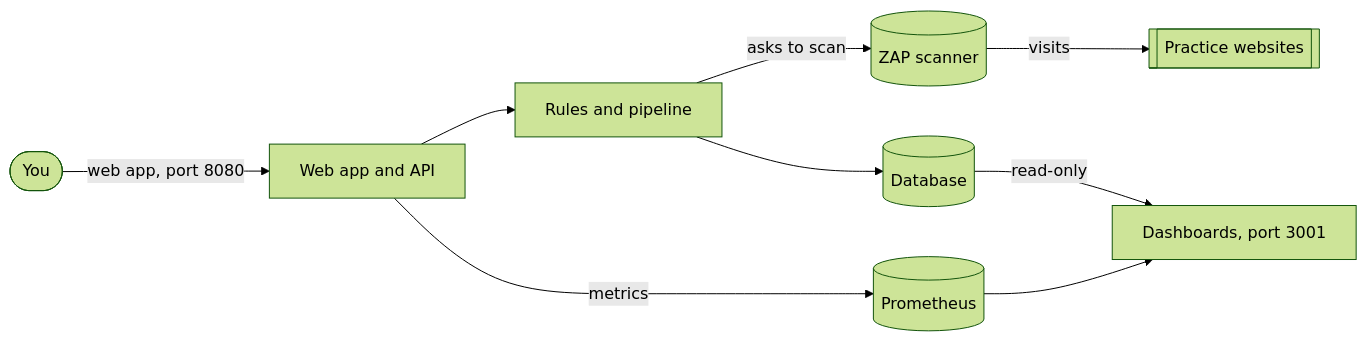
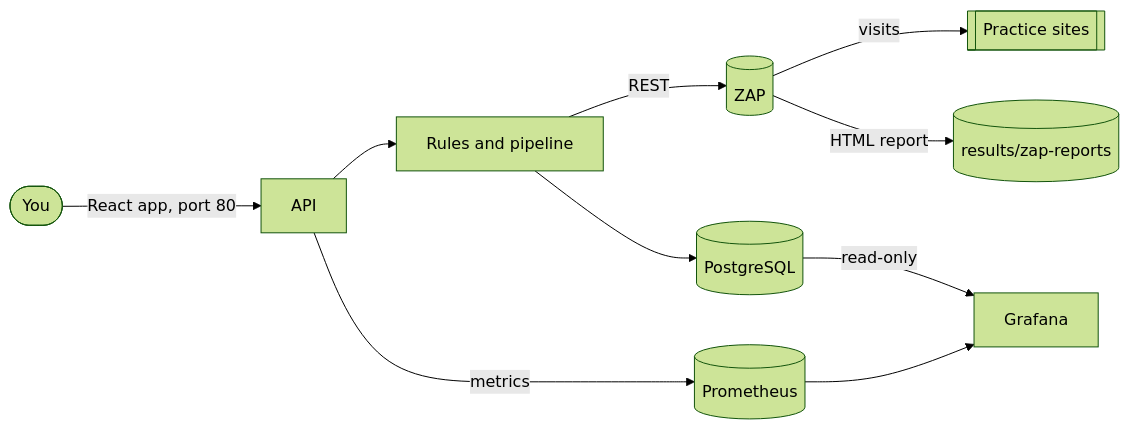
Before and after one commit to manojsomashekar8/Web-Application-Security-and-Risk-Assessment: the first of 2 diagrams in docs/ARCHITECTURE.md, drawn with Mermaid (forest theme). The commit also changed other lines of this file and 3 other files, not shown here.

Commit message:
Update architecture, UI guide, test plan and UI review to the final state

````diff
--- a/docs/ARCHITECTURE.md
+++ b/docs/ARCHITECTURE.md
@@ -28,11 +32,12 @@
 ```mermaid
 flowchart LR
-    you([You]) -->|web app, port 8080| web[Web app and API]
+    you([You]) -->|React app, port 80| web[API]
     web --> svc[Rules and pipeline]
-    svc -->|asks to scan| zap[(ZAP scanner)]
-    zap -->|visits| targets[[Practice websites]]
-    svc --> db[(Database)]
+    svc -->|REST| zap[(ZAP)]
+    zap -->|visits| sites[[Practice sites]]
+    svc --> db[(PostgreSQL)]
+    zap -->|HTML report| reports[(results/zap-reports)]
     web -->|metrics| prom[(Prometheus)]
-    prom --> graf[Dashboards, port 3001]
+    prom --> graf[Grafana]
     db -->|read-only| graf
 ```
````
